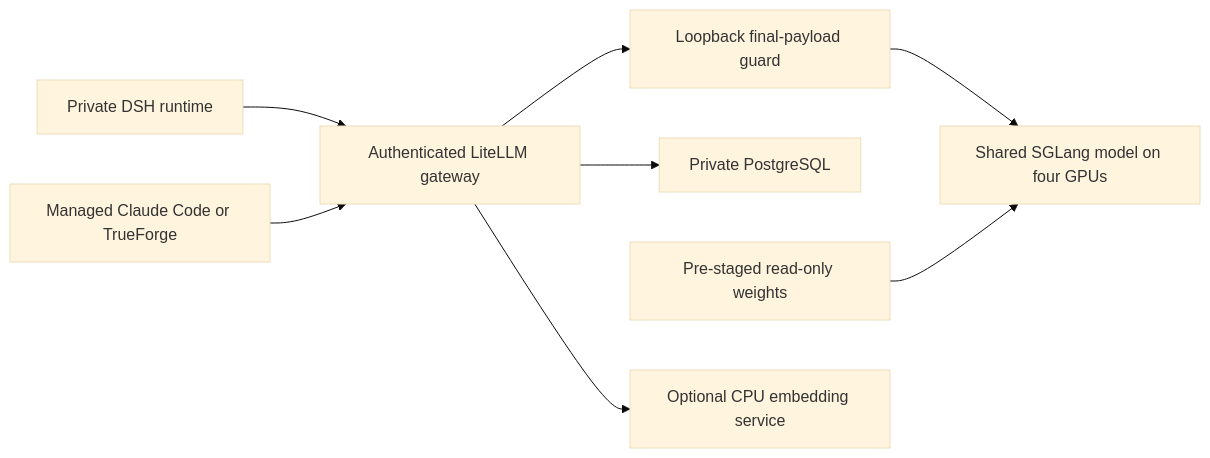
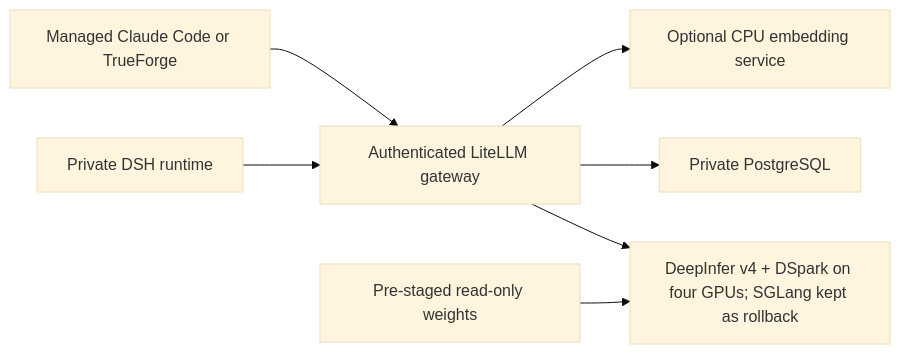
Before and after one commit to skunpoj/dsh_setup: the fourth of 4 diagrams in docs/DSH_PLATFORM_GUIDE.md, drawn with Mermaid (base theme). The commit also changed other lines of this file and 46 other files, not shown here.

````diff
--- a/docs/DSH_PLATFORM_GUIDE.md
+++ b/docs/DSH_PLATFORM_GUIDE.md
@@ -446,10 +444,9 @@
 ```mermaid
 flowchart LR
  U[Private DSH runtime] --> L[Authenticated LiteLLM gateway]
  C[Managed Claude Code or TrueForge] --> L
- L --> F[Loopback final-payload guard]
- F --> S[Shared SGLang model on four GPUs]
+ L --> S[DeepInfer v4 + DSpark on four GPUs; SGLang kept as rollback]
  L --> D[Private PostgreSQL]
  W[Pre-staged read-only weights] --> S
  L --> O[Optional CPU embedding service]
 ```
````
